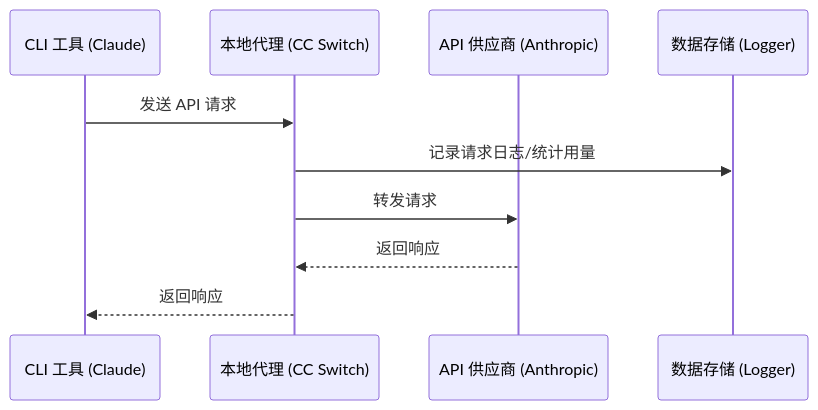
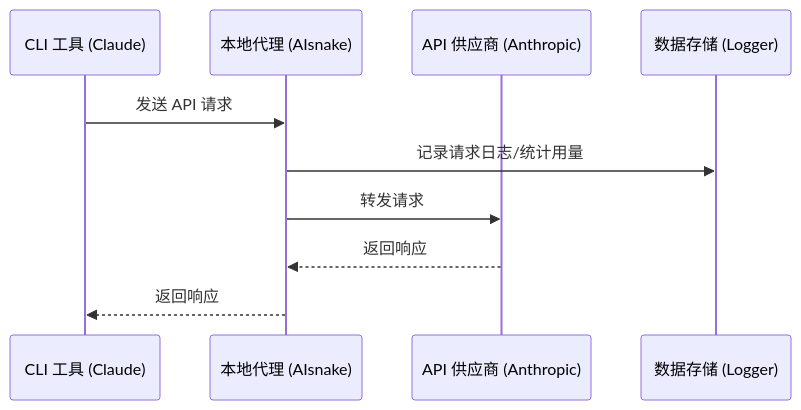
One commit to mldgfxm/Ai-Tool changed the diagram in docs/user-manual/zh/4-proxy/4.1-service.md. Above: the diagram before and after it, drawn with Mermaid. The commit also changed other lines of this file and 247 other files, not shown here.

First line of the commit message:
chore: rename project from CC Switch to AISnake

````diff
--- a/docs/user-manual/zh/4-proxy/4.1-service.md
+++ b/docs/user-manual/zh/4-proxy/4.1-service.md
@@ -116,13 +116,13 @@
 ```mermaid
 sequenceDiagram
     participant CLI as CLI 工具 (Claude)
-    participant Proxy as 本地代理 (CC Switch)
+    participant Proxy as 本地代理 (AIsnake)
     participant API as API 供应商 (Anthropic)
     participant DB as 数据存储 (Logger)
 
     CLI->>Proxy: 发送 API 请求
     Proxy->>DB: 记录请求日志/统计用量
     Proxy->>API: 转发请求
     API-->>Proxy: 返回响应
     Proxy-->>CLI: 返回响应
 ```
````
